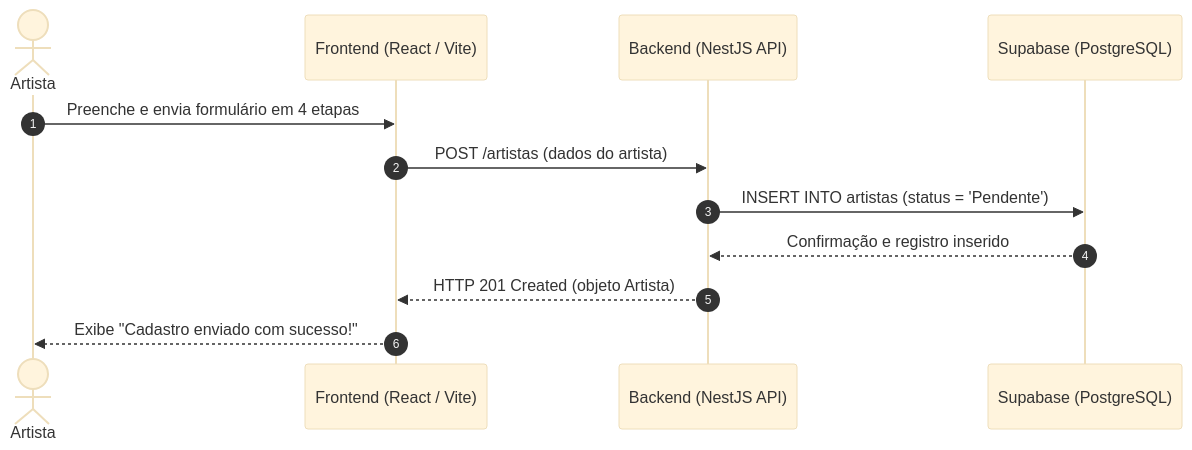
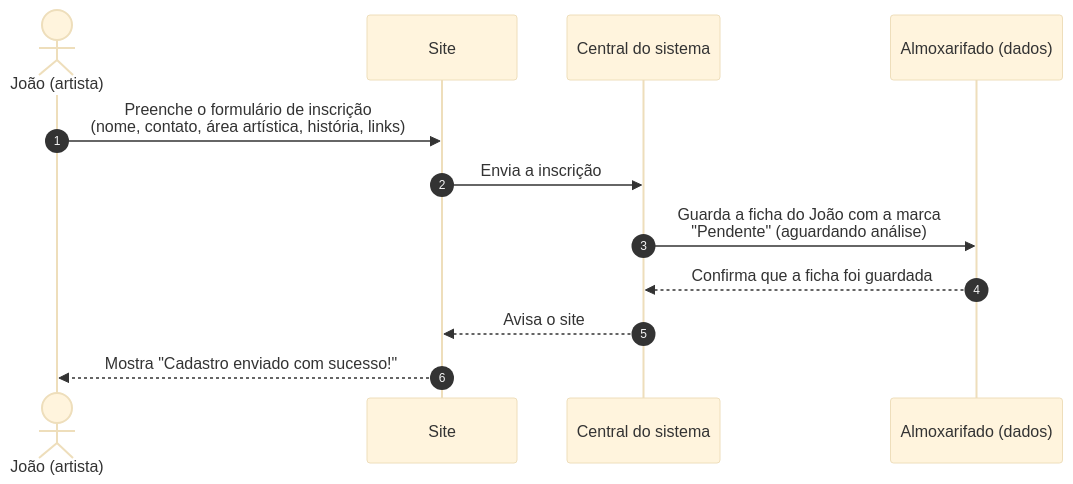
The third of 8 diagrams in DIAGRAMAS_MERMAID.md (heduardowitkoski/cadastroDeArtistas), drawn with Mermaid (base theme) before and after one commit. The commit also changed other lines of this file and 1 other file, not shown here.

Commit message:
docs: tornar diagramas mais ilustrativos e com linguagem acessivel

````diff
--- a/DIAGRAMAS_MERMAID.md
+++ b/DIAGRAMAS_MERMAID.md
@@ -141,15 +59,15 @@
 ```mermaid
 sequenceDiagram
     autonumber
-    actor Artista
-    participant Front as Frontend (React / Vite)
-    participant Back as Backend (NestJS API)
-    participant DB as Supabase (PostgreSQL)
+    actor J as João (artista)
+    participant S as Site
+    participant C as Central do sistema
+    participant B as Almoxarifado (dados)
 
-    Artista->>Front: Preenche e envia formulário em 4 etapas
-    Front->>Back: POST /artistas (dados do artista)
-    Back->>DB: INSERT INTO artistas (status = 'Pendente')
-    DB-->>Back: Confirmação e registro inserido
-    Back-->>Front: HTTP 201 Created (objeto Artista)
-    Front-->>Artista: Exibe "Cadastro enviado com sucesso!"
+    J->>S: Preenche o formulário de inscrição<br/>(nome, contato, área artística, história, links)
+    S->>C: Envia a inscrição
+    C->>B: Guarda a ficha do João com a marca<br/>"Pendente" (aguardando análise)
+    B-->>C: Confirma que a ficha foi guardada
+    C-->>S: Avisa o site
+    S-->>J: Mostra "Cadastro enviado com sucesso!"
 ```
````
